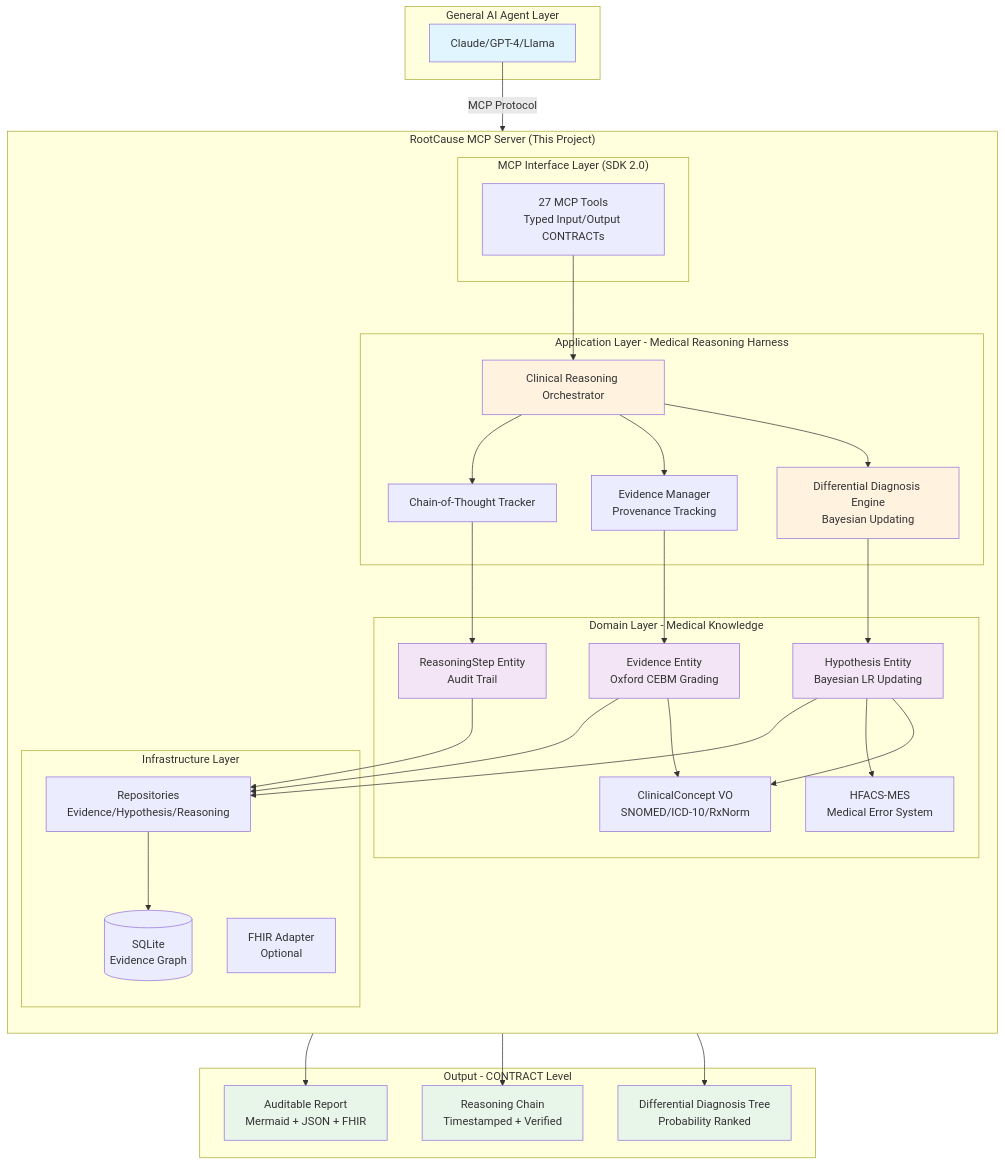
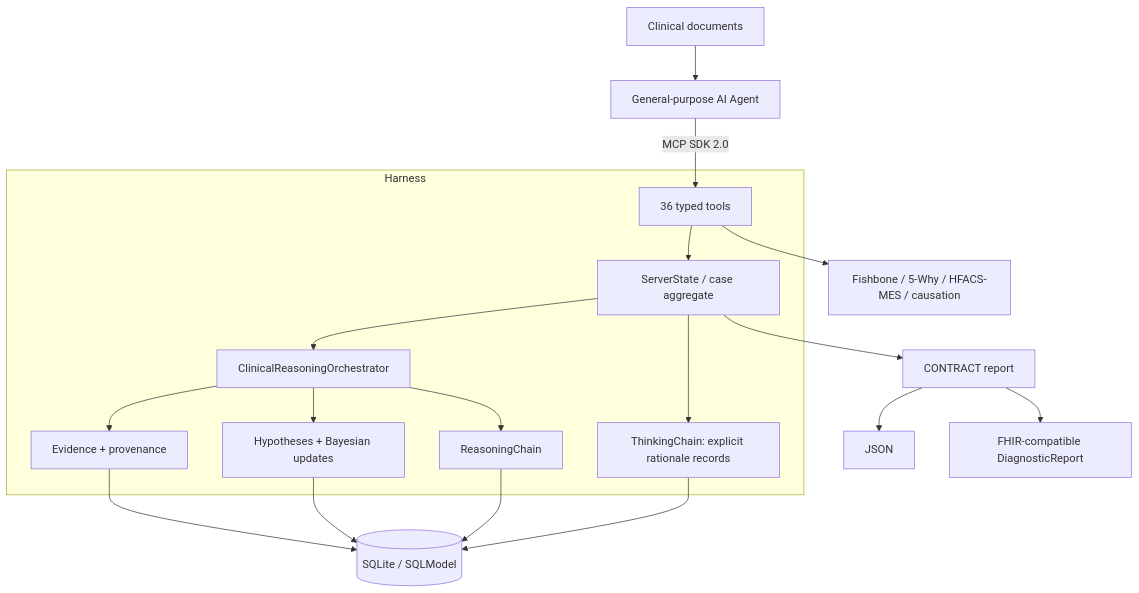
One commit to u9401066/rootcause-mcp changed the diagram in README.md. Above: the diagram before and after it, drawn with Mermaid. The commit also changed other lines of this file and 8 other files, not shown here.

Commit message:
docs: align SDK 2.0 architecture and safety limits

````diff
--- a/README.md
+++ b/README.md
@@ -35,73 +36,25 @@
 ```mermaid
 graph TB
-    subgraph "General AI Agent Layer"
-        LLM[Claude/GPT-4/Llama]
+    A[General-purpose AI Agent] -->|MCP SDK 2.0| T[36 typed tools]
+    D[Clinical documents] --> A
+
+    subgraph Harness
+        T --> S[ServerState / case aggregate]
+        S --> O[ClinicalReasoningOrchestrator]
+        O --> E[Evidence + provenance]
+        O --> H[Hypotheses + Bayesian updates]
+        O --> R[ReasoningChain]
+        S --> C[ThinkingChain: explicit rationale records]
     end
-    
-    subgraph "RootCause MCP Server (This Project)"
-        direction TB
-        subgraph "MCP Interface Layer (SDK 2.0)"
-            TOOLS[27 MCP Tools<br/>Typed Input/Output CONTRACTs]
-        end
-        
-        subgraph "Application Layer - Medical Reasoning Harness"
-            ORCH[Clinical Reasoning Orchestrator]
-            DD_ENG[Differential Diagnosis Engine<br/>Bayesian Updating]
-            EVID_MGR[Evidence Manager<br/>Provenance Tracking]
-            COT[Chain-of-Thought Tracker]
-        end
-        
-        subgraph "Domain Layer - Medical Knowledge"
-            EVID[Evidence Entity<br/>Oxford CEBM Grading]
-            HYP[Hypothesis Entity<br/>Bayesian LR Updating]
-            RS[ReasoningStep Entity<br/>Audit Trail]
-            CC[ClinicalConcept VO<br/>SNOMED/ICD-10/RxNorm]
-            HFACS[HFACS-MES<br/>Medical Error System]
-        end
-        
-        subgraph "Infrastructure Layer"
-            DB[(SQLite<br/>Evidence Graph)]
-            REPO[Repositories<br/>Evidence/Hypothesis/Reasoning]
-            FHIR[FHIR Adapter<br/>Optional]
-        end
-    end
-    
-    subgraph "Output - CONTRACT Level"
-        REPORT[Auditable Report<br/>Mermaid + JSON + FHIR]
-        CHAIN[Reasoning Chain<br/>Timestamped + Verified]
-        DD_TREE[Differential Diagnosis Tree<br/>Probability Ranked]
-    end
-    
-    LLM -->|MCP Protocol| TOOLS
-    TOOLS --> ORCH
-    ORCH --> DD_ENG
-    ORCH --> EVID_MGR
-    ORCH --> COT
-    
-    DD_ENG --> HYP
-    EVID_MGR --> EVID
-    COT --> RS
-    
-    EVID --> CC
-    HYP --> CC
-    HYP --> HFACS
-    
-    EVID --> REPO
-    HYP --> REPO
-    RS --> REPO
-    REPO --> DB
-    
-    ORCH --> REPORT
-    COT --> CHAIN
-    DD_ENG --> DD_TREE
-    
-    style LLM fill:#e1f5ff
-    style ORCH fill:#fff3e0
-    style DD_ENG fill:#fff3e0
-    style EVID fill:#f3e5f5
-    style HYP fill:#f3e5f5
-    style RS fill:#f3e5f5
-    style REPORT fill:#e8f5e9
-    style CHAIN fill:#e8f5e9
-    style DD_TREE fill:#e8f5e9
+
+    E --> DB[(SQLite / SQLModel)]
+    H --> DB
+    R --> DB
+    C --> DB
+
+    S --> CR[CONTRACT report]
+    CR --> J[JSON]
+    CR --> F[FHIR-compatible DiagnosticReport]
+
+    T --> RCA[Fishbone / 5-Why / HFACS-MES / causation]
 ```
````
